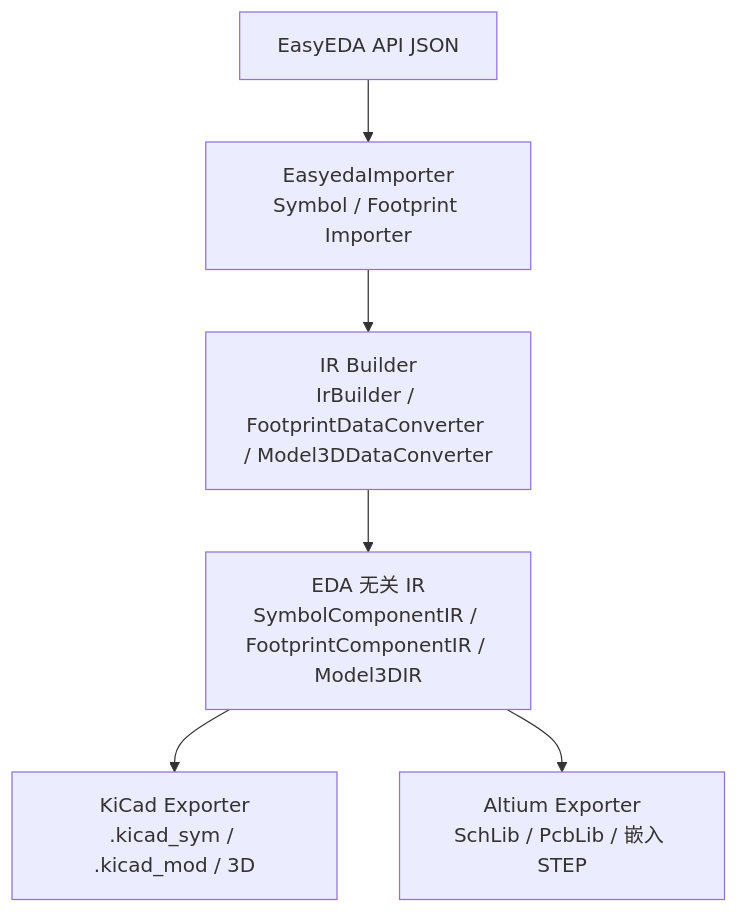
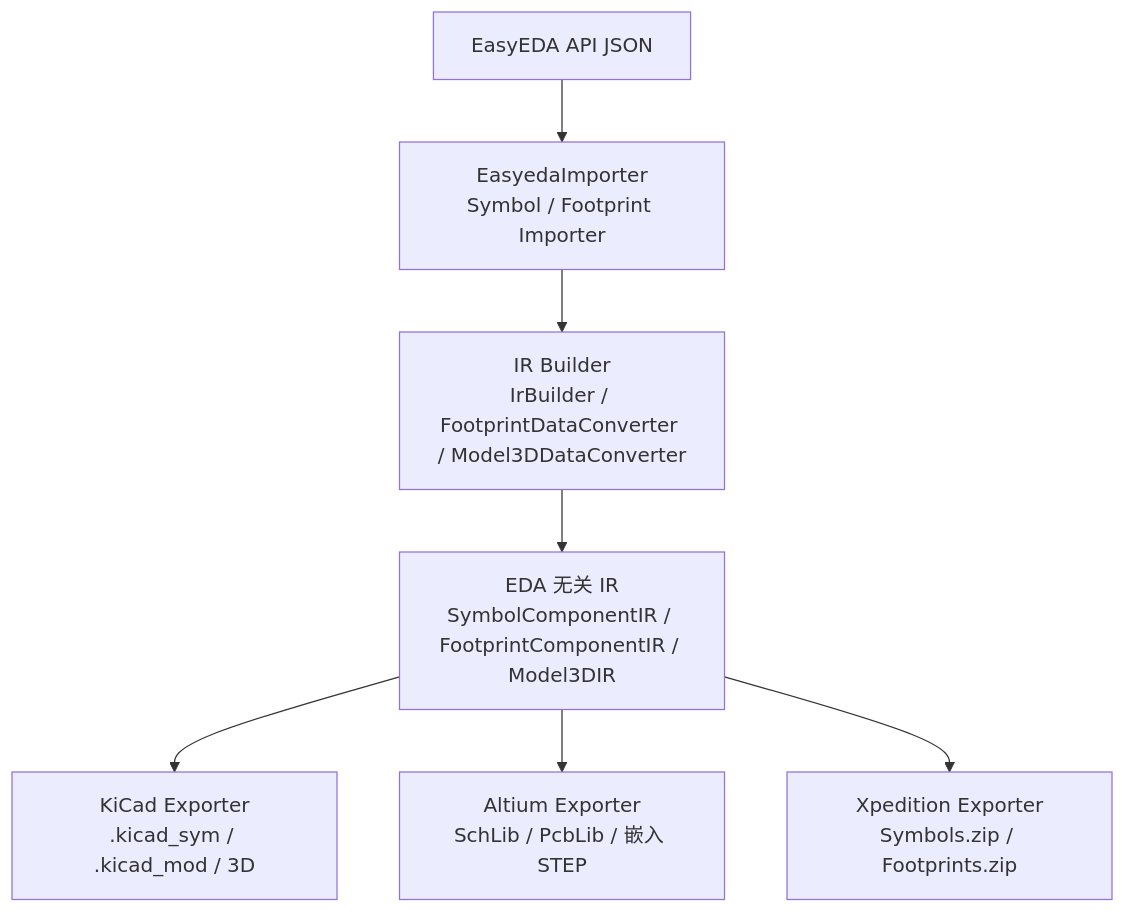
Before and after one commit to tangsangsimida/EasyKiConverter: the first of 2 diagrams in docs/developer/CONVERSION_MAPPING.md, drawn with Mermaid. The commit also changed other lines of this file and 8 other files, not shown here.

````diff
--- a/docs/developer/CONVERSION_MAPPING.md
+++ b/docs/developer/CONVERSION_MAPPING.md
@@ -9,8 +9,9 @@
 ```mermaid
 flowchart TD
     API[EasyEDA API JSON] --> Importer[EasyedaImporter<br/>Symbol / Footprint Importer]
     Importer --> Builder[IR Builder<br/>IrBuilder / FootprintDataConverter / Model3DDataConverter]
     Builder --> IR[EDA 无关 IR<br/>SymbolComponentIR / FootprintComponentIR / Model3DIR]
     IR --> KiCad[KiCad Exporter<br/>.kicad_sym / .kicad_mod / 3D]
     IR --> Altium[Altium Exporter<br/>SchLib / PcbLib / 嵌入 STEP]
+    IR --> Xpedition[Xpedition Exporter<br/>Symbols.zip / Footprints.zip]
 ```
````
